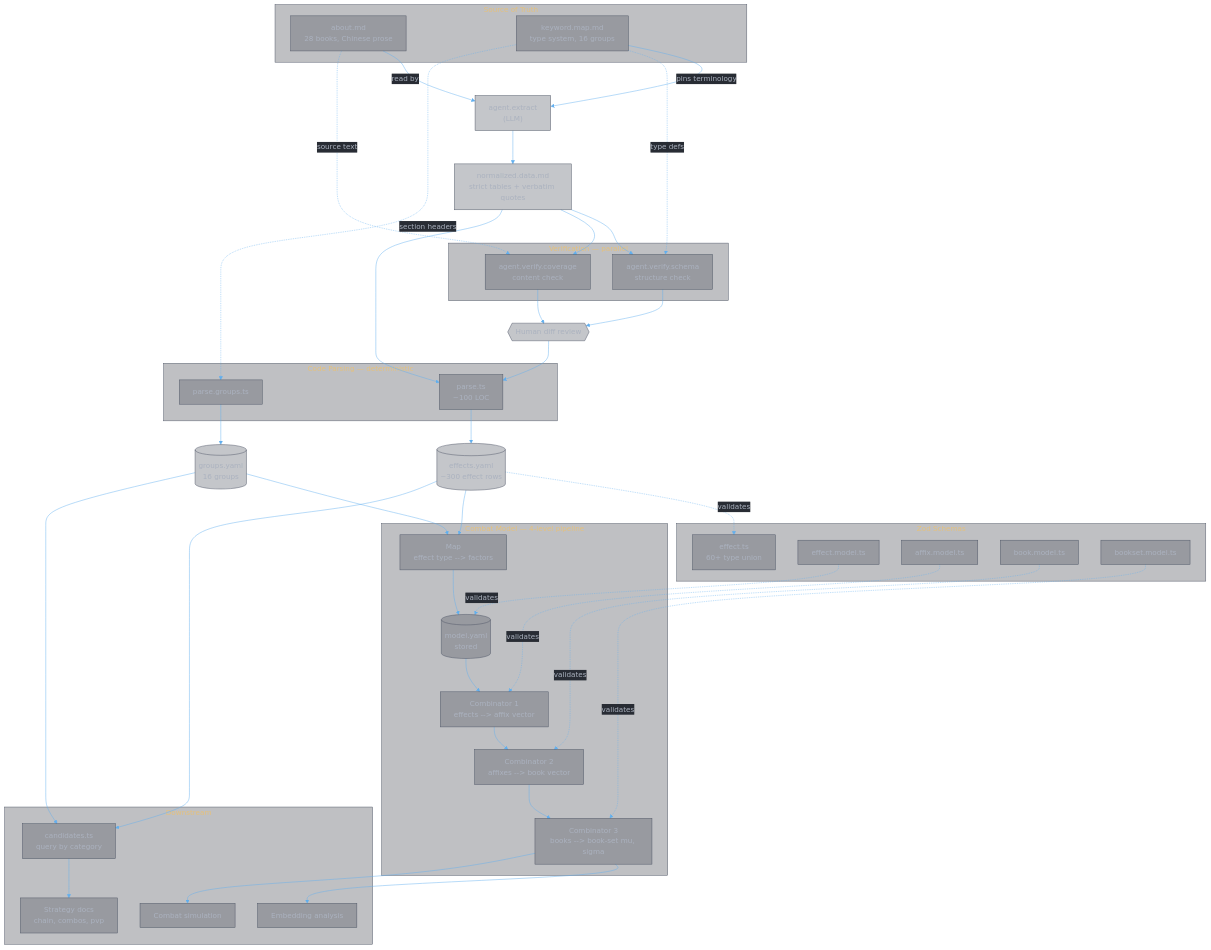
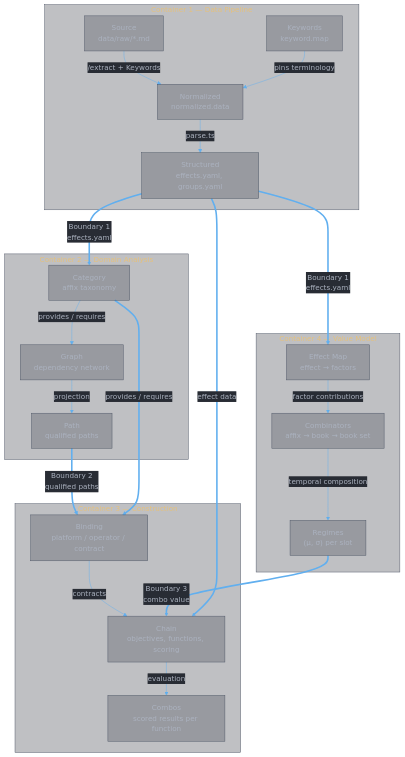
One commit to zhifengzhang-sz/divine-book changed the diagram in docs/data/design.md. Above: the diagram before and after it, drawn with Mermaid. The commit also changed other lines of this file and 31 other files, not shown here.

````diff
--- a/docs/data/design.md
+++ b/docs/data/design.md
@@ -124,77 +119,48 @@
 ```mermaid
 %%{init: {'theme': 'base', 'themeVariables': {'primaryColor': '#3e44514D', 'primaryTextColor': '#abb2bf', 'primaryBorderColor': '#4b5263', 'lineColor': '#61afef', 'secondaryColor': '#2c313a4D', 'secondaryTextColor': '#abb2bf', 'secondaryBorderColor': '#4b5263', 'tertiaryColor': '#282c344D', 'mainBkg': '#3e44514D', 'nodeBorder': '#4b5263', 'clusterBkg': '#2c313a4D', 'clusterBorder': '#4b5263', 'titleColor': '#e5c07b', 'edgeLabelBackground': '#282c34', 'textColor': '#abb2bf', 'background': '#282c34'}}}%%
 flowchart TD
-    subgraph SRC ["Source of Truth"]
-        AB["about.md\n28 books, Chinese prose"]
-        KM["keyword.map.md\ntype system, 16 groups"]
+    subgraph C1 ["Container 1 — Data Pipeline"]
+        SRC["Source<br>data/raw/*.md"]
+        KW["Keywords<br>keyword.map"]
+        ND["Normalized<br>normalized.data"]
+        SD["Structured<br>effects.yaml, groups.yaml"]
+
+        SRC -->|"/extract + Keywords"| ND
+        KW -->|"pins terminology"| ND
+        ND -->|"parse.ts"| SD
     end
 
-    AB -->|"read by"| EXT["agent.extract\n(LLM)"]
-    KM -->|"pins terminology"| EXT
-    EXT --> ND["normalized.data.md\nstrict tables + verbatim quotes"]
+    subgraph C2 ["Container 2 — Domain Analysis"]
+        CAT["Category<br>affix taxonomy"]
+        GRAPH["Graph<br>dependency network"]
+        PATH["Path<br>qualified paths"]
 
-    subgraph VER ["Verification — parallel"]
-        VS["agent.verify.schema\nstructure check"]
-        VC["agent.verify.coverage\ncontent check"]
+        CAT -->|"provides / requires"| GRAPH
+        GRAPH -->|"projection"| PATH
     end
 
-    ND --> VS
-    ND --> VC
-    KM -.->|"type defs"| VS
-    AB -.->|"source text"| VC
+    subgraph C4 ["Container 4 — Value Model"]
+        EMAP["Effect Map<br>effect → factors"]
+        COMB["Combinators<br>affix → book → book set"]
+        REGIME["Regimes<br>(μ, σ) per slot"]
 
-    VS --> GATE{{"Human diff review"}}
-    VC --> GATE
-
-    subgraph PARSE ["Code Parsing — deterministic"]
-        PT["parse.ts\n~100 LOC"]
-        PG["parse.groups.ts"]
+        EMAP -->|"factor contributions"| COMB
+        COMB -->|"temporal composition"| REGIME
     end
 
-    GATE --> PT
-    ND --> PT
-    KM -.->|"section headers"| PG
+    subgraph C3 ["Container 3 — Construction"]
+        BIND["Binding<br>platform / operator / contract"]
+        CHAIN["Chain<br>objectives, functions, scoring"]
+        COMBOS["Combos<br>scored results per function"]
 
-    PT --> EY[("effects.yaml\n~300 effect rows")]
-    PG --> GY[("groups.yaml\n16 groups")]
-
-    subgraph ZOD ["Zod Schemas"]
-        ES["effect.ts\n60+ type union"]
-        EM["effect.model.ts"]
-        AFM["affix.model.ts"]
-        BMZ["book.model.ts"]
-        BSZ["bookset.model.ts"]
+        BIND -->|"contracts"| CHAIN
+        CHAIN -->|"evaluation"| COMBOS
     end
 
-    EY -.->|"validates"| ES
-
-    subgraph COMBAT ["Combat Model — 4-level pipeline"]
-        MAP["Map\neffect type --> factors"]
-        MY[("model.yaml\nstored")]
-        C1["Combinator 1\neffects --> affix vector"]
-        C2["Combinator 2\naffixes --> book vector"]
-        C3["Combinator 3\nbooks --> book-set mu, sigma"]
-    end
-
-    EY --> MAP
-    GY --> MAP
-    MAP --> MY --> C1 --> C2 --> C3
-
-    EM -.->|"validates"| MY
-    AFM -.->|"validates"| C1
-    BMZ -.->|"validates"| C2
-    BSZ -.->|"validates"| C3
-
-    subgraph DOWN ["Downstream"]
-        CAN["candidates.ts\nquery by category"]
-        EMB["Embedding analysis"]
-        SIM["Combat simulation"]
-        STR["Strategy docs\nchain, combos, pvp"]
-    end
-
-    EY --> CAN
-    GY --> CAN
-    C3 --> EMB
-    C3 --> SIM
-    CAN --> STR
+    SD ==>|"Boundary 1<br>effects.yaml"| CAT
+    SD ==>|"Boundary 1<br>effects.yaml"| EMAP
+    PATH ==>|"Boundary 2<br>qualified paths"| BIND
+    CAT ==>|"provides / requires"| BIND
+    REGIME ==>|"Boundary 3<br>combo value"| CHAIN
+    SD ==>|"effect data"| CHAIN
 ```
````
